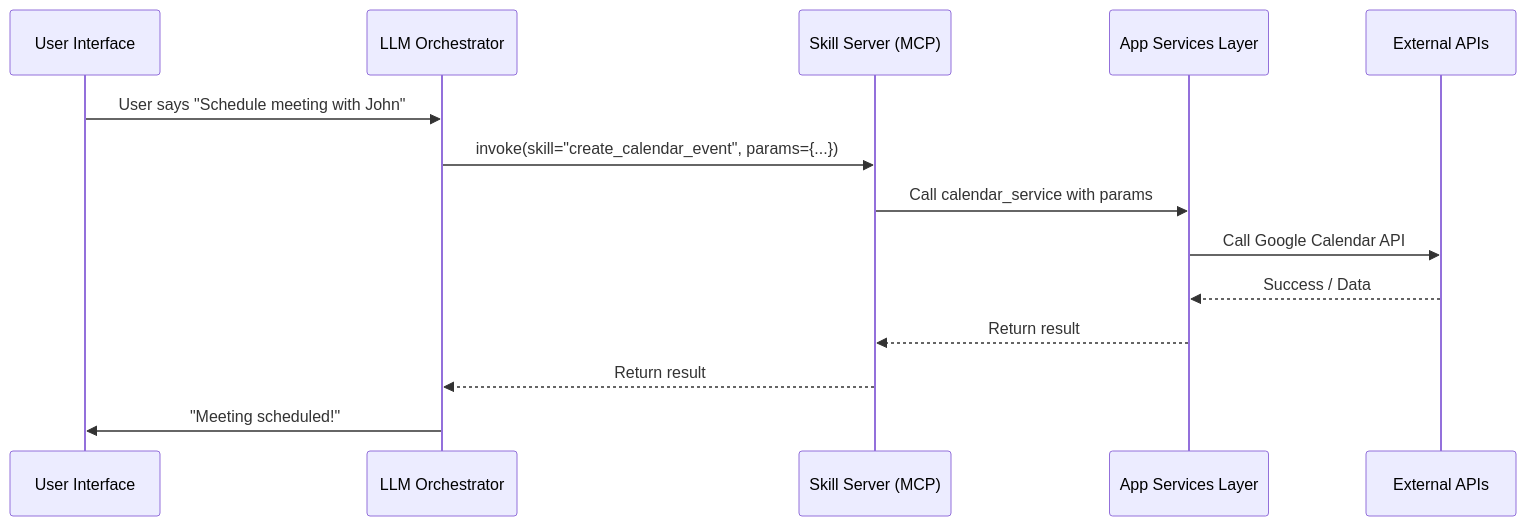
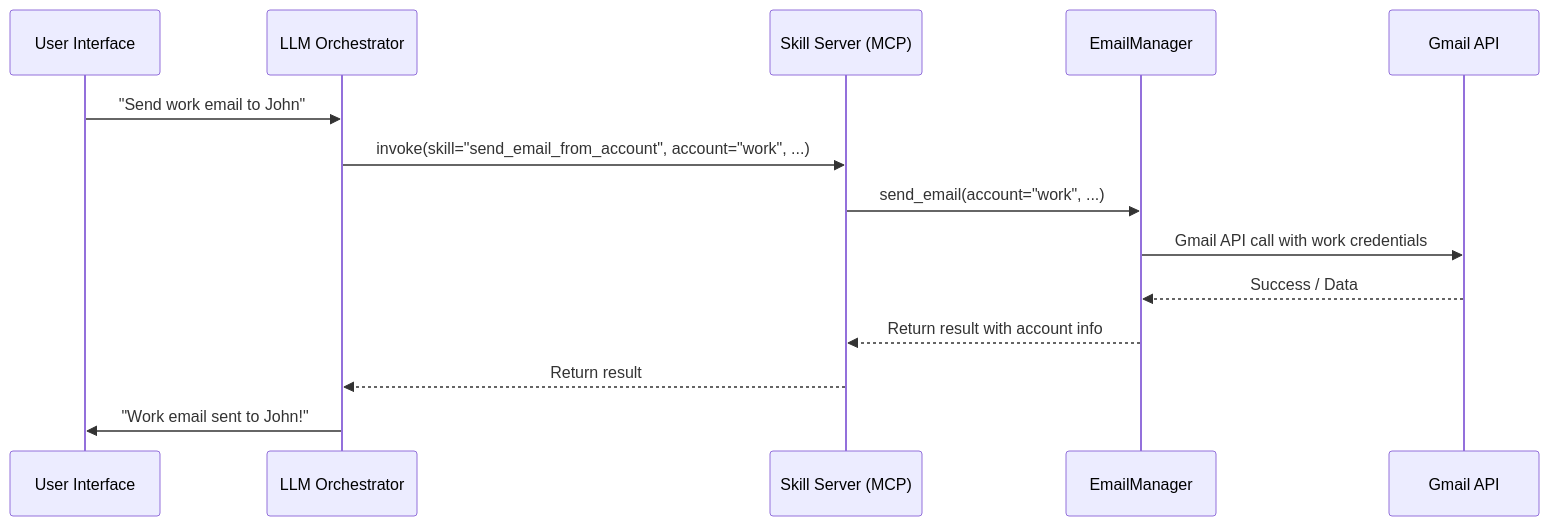
The third of 3 diagrams in ReadMe.md (ZihaoFU245/It-s-Friday-), drawn with Mermaid before and after one commit. The commit also changed other lines of this file and 25 other files, not shown here.

````diff
--- a/ReadMe.md
+++ b/ReadMe.md
@@ -46,17 +80,17 @@
 ```mermaid
 sequenceDiagram
     participant UI as User Interface
     participant LLM as LLM Orchestrator
     participant MCP as Skill Server (MCP)
-    participant Backend as App Services Layer
-    participant API as External APIs
+    participant EM as EmailManager
+    participant Gmail as Gmail API
 
-    UI->>LLM: User says "Schedule meeting with John"
-    LLM->>MCP: invoke(skill="create_calendar_event", params={...})
-    MCP->>Backend: Call calendar_service with params
-    Backend->>API: Call Google Calendar API
-    API-->>Backend: Success / Data
-    Backend-->>MCP: Return result
+    UI->>LLM: "Send work email to John"
+    LLM->>MCP: invoke(skill="send_email_from_account", account="work", ...)
+    MCP->>EM: send_email(account="work", ...)
+    EM->>Gmail: Gmail API call with work credentials
+    Gmail-->>EM: Success / Data
+    EM-->>MCP: Return result with account info
     MCP-->>LLM: Return result
-    LLM->>UI: "Meeting scheduled!"
+    LLM->>UI: "Work email sent to John!"
 ```
````
